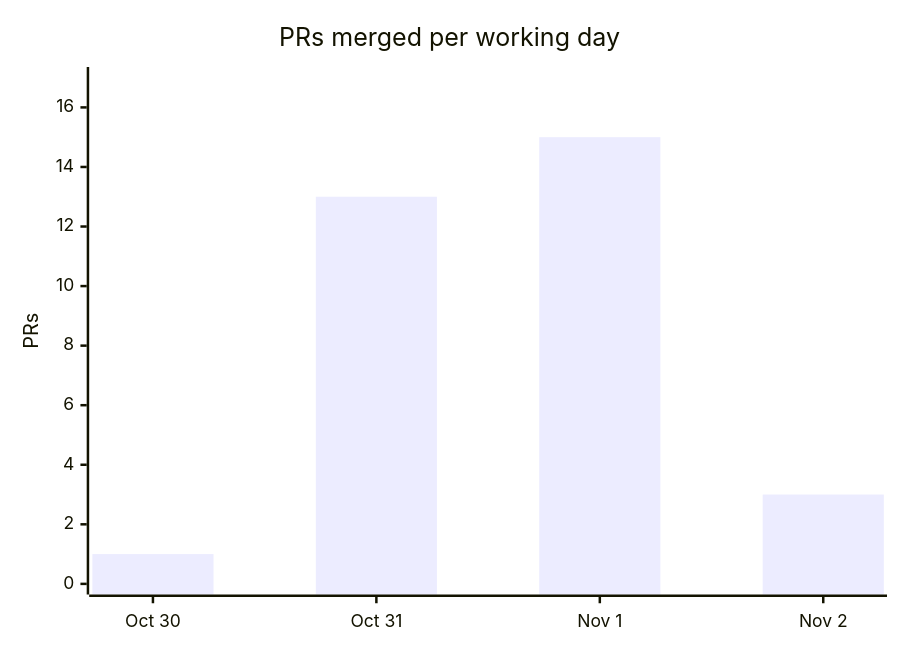
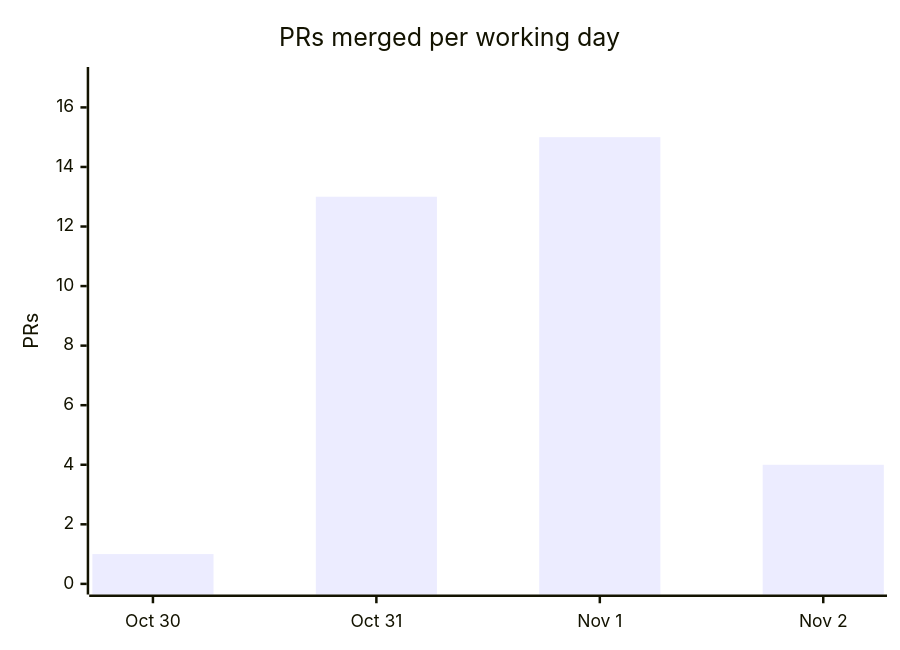
Before and after one commit to cmprssd/nfsh: the fourth of 4 diagrams in docs/OVERVIEW.md, drawn with Mermaid. The commit also changed other lines of this file and 8 other files, not shown here.

````diff
--- a/docs/OVERVIEW.md
+++ b/docs/OVERVIEW.md
@@ -139,7 +139,7 @@
 ```mermaid
 xychart-beta
     title "PRs merged per working day"
     x-axis ["Oct 30", "Oct 31", "Nov 1", "Nov 2"]
     y-axis "PRs" 0 --> 17
-    bar [1, 13, 15, 3]
+    bar [1, 13, 15, 4]
 ```
````
